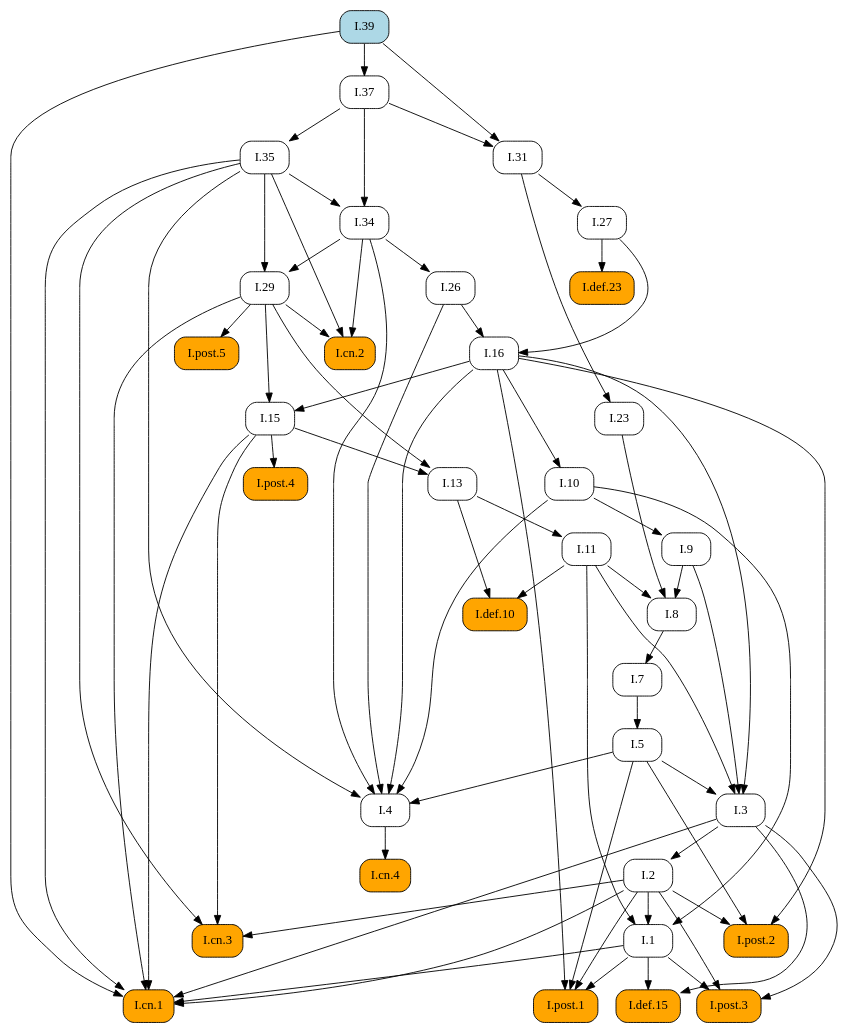
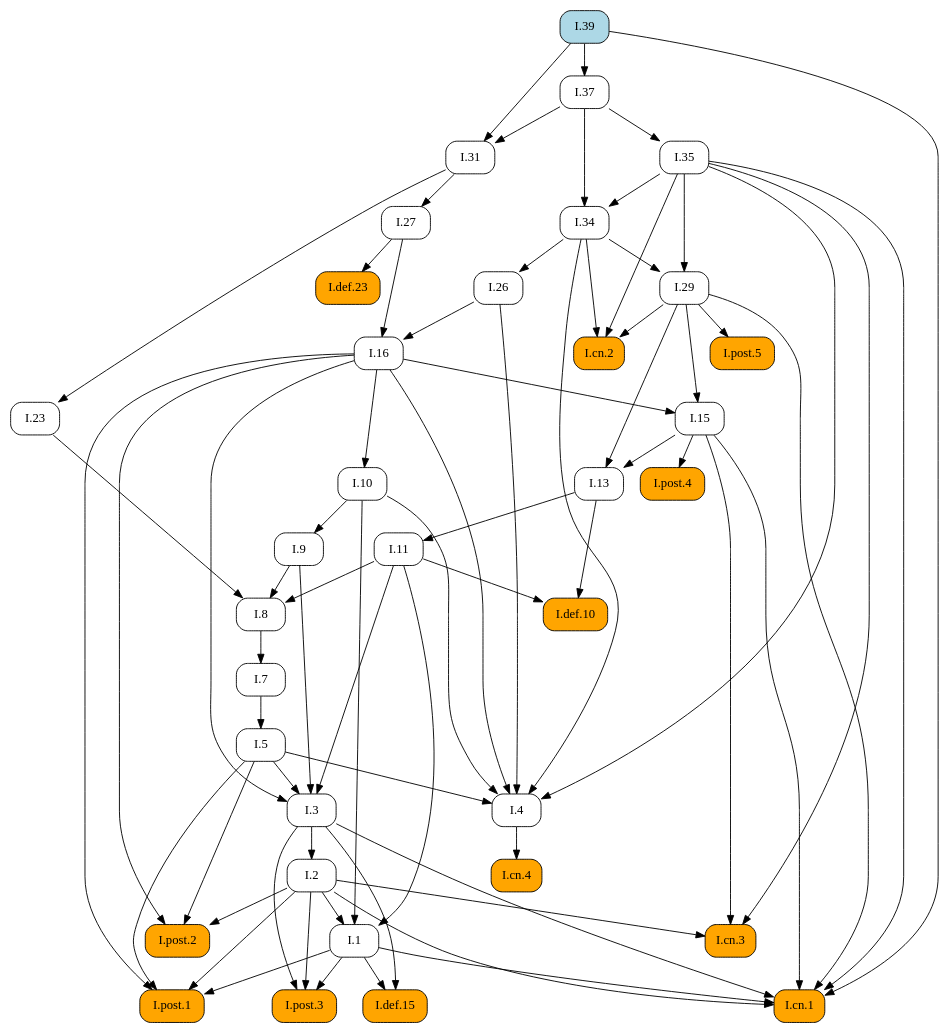
Before and after one commit to geometor/elements: the diagram in docsrc/elements2/I/39/index.rst, drawn with Graphviz. The commit also changed other lines of this file and 171 other files, not shown here.

```diff
--- a/docsrc/elements2/I/39/index.rst
+++ b/docsrc/elements2/I/39/index.rst
@@ -66,93 +66,77 @@
    digraph {
      rankdir="TB";
      node [shape=box, style=rounded];
+     "I.8" [URL="/elements2/I/8/", target="_top"];
+     "I.post.1" [style="rounded,filled", fillcolor=orange, URL="/elements2/I/post.1/", target="_top"];
+     "I.5" [URL="/elements2/I/5/", target="_top"];
+     "I.post.5" [style="rounded,filled", fillcolor=orange, URL="/elements2/I/post.5/", target="_top"];
+     "I.def.10" [style="rounded,filled", fillcolor=orange, URL="/elements2/I/def.10/", target="_top"];
+     "I.cn.2" [style="rounded,filled", fillcolor=orange, URL="/elements2/I/cn.2/", target="_top"];
+     "I.def.15" [style="rounded,filled", fillcolor=orange, URL="/elements2/I/def.15/", target="_top"];
+     "I.31" [URL="/elements2/I/31/", target="_top"];
+     "I.11" [URL="/elements2/I/11/", target="_top"];
+     "I.3" [URL="/elements2/I/3/", target="_top"];
+     "I.def.23" [style="rounded,filled", fillcolor=orange, URL="/elements2/I/def.23/", target="_top"];
+     "I.post.2" [style="rounded,filled", fillcolor=orange, URL="/elements2/I/post.2/", target="_top"];
+     "I.26" [URL="/elements2/I/26/", target="_top"];
+     "I.cn.3" [style="rounded,filled", fillcolor=orange, URL="/elements2/I/cn.3/", target="_top"];
+     "I.cn.4" [style="rounded,filled", fillcolor=orange, URL="/elements2/I/cn.4/", target="_top"];
+     "I.1" [URL="/elements2/I/1/", target="_top"];
+     "I.7" [URL="/elements2/I/7/", target="_top"];
+     "I.9" [URL="/elements2/I/9/", target="_top"];
+     "I.cn.1" [style="rounded,filled", fillcolor=orange, URL="/elements2/I/cn.1/", target="_top"];
+     "I.29" [URL="/elements2/I/29/", target="_top"];
+     "I.16" [URL="/elements2/I/16/", target="_top"];
+     "I.post.4" [style="rounded,filled", fillcolor=orange, URL="/elements2/I/post.4/", target="_top"];
+     "I.13" [URL="/elements2/I/13/", target="_top"];
+     "I.35" [URL="/elements2/I/35/", target="_top"];
+     "I.2" [URL="/elements2/I/2/", target="_top"];
+     "I.27" [URL="/elements2/I/27/", target="_top"];
      "I.37" [URL="/elements2/I/37/", target="_top"];
-     "I.def.10" [style="rounded,filled", fillcolor=orange, URL="/elements2/I/def.10/", target="_top"];
+     "I.4" [URL="/elements2/I/4/", target="_top"];
+     "I.10" [URL="/elements2/I/10/", target="_top"];
+     "I.39" [style="rounded,filled", fillcolor=lightblue, URL="/elements2/I/39/", target="_top"];
+     "I.15" [URL="/elements2/I/15/", target="_top"];
      "I.34" [URL="/elements2/I/34/", target="_top"];
-     "I.cn.4" [style="rounded,filled", fillcolor=orange, URL="/elements2/I/cn.4/", target="_top"];
-     "I.def.15" [style="rounded,filled", fillcolor=orange, URL="/elements2/I/def.15/", target="_top"];
+     "I.23" [URL="/elements2/I/23/", target="_top"];
      "I.post.3" [style="rounded,filled", fillcolor=orange, URL="/elements2/I/post.3/", target="_top"];
-     "I.27" [URL="/elements2/I/27/", target="_top"];
-     "I.post.2" [style="rounded,filled", fillcolor=orange, URL="/elements2/I/post.2/", target="_top"];
-     "I.13" [URL="/elements2/I/13/", target="_top"];
-     "I.10" [URL="/elements2/I/10/", target="_top"];
-     "I.post.1" [style="rounded,filled", fillcolor=orange, URL="/elements2/I/post.1/", target="_top"];
-     "I.7" [URL="/elements2/I/7/", target="_top"];
-     "I.11" [URL="/elements2/I/11/", target="_top"];
-     "I.4" [URL="/elements2/I/4/", target="_top"];
-     "I.16" [URL="/elements2/I/16/", target="_top"];
-     "I.def.23" [style="rounded,filled", fillcolor=orange, URL="/elements2/I/def.23/", target="_top"];
-     "I.9" [URL="/elements2/I/9/", target="_top"];
-     "I.8" [URL="/elements2/I/8/", target="_top"];
-     "I.cn.2" [style="rounded,filled", fillcolor=orange, URL="/elements2/I/cn.2/", target="_top"];
-     "I.23" [URL="/elements2/I/23/", target="_top"];
-     "I.26" [URL="/elements2/I/26/", target="_top"];
-     "I.15" [URL="/elements2/I/15/", target="_top"];
-     "I.post.5" [style="rounded,filled", fillcolor=orange, URL="/elements2/I/post.5/", target="_top"];
-     "I.2" [URL="/elements2/I/2/", target="_top"];
-     "I.1" [URL="/elements2/I/1/", target="_top"];
-     "I.35" [URL="/elements2/I/35/", target="_top"];
-     "I.31" [URL="/elements2/I/31/", target="_top"];
-     "I.post.4" [style="rounded,filled", fillcolor=orange, URL="/elements2/I/post.4/", target="_top"];
-     "I.39" [style="rounded,filled", fillcolor=lightblue, URL="/elements2/I/39/", target="_top"];
-     "I.cn.1" [style="rounded,filled", fillcolor=orange, URL="/elements2/I/cn.1/", target="_top"];
-     "I.3" [URL="/elements2/I/3/", target="_top"];
-     "I.cn.3" [style="rounded,filled", fillcolor=orange, URL="/elements2/I/cn.3/", target="_top"];
-     "I.29" [URL="/elements2/I/29/", target="_top"];
-     "I.5" [URL="/elements2/I/5/", target="_top"];
-     "I.39" -> "I.37";
-     "I.11" -> "I.def.10";
-     "I.13" -> "I.def.10";
-     "I.35" -> "I.34";
-     "I.37" -> "I.34";
-     "I.4" -> "I.cn.4";
-     "I.1" -> "I.def.15";
-     "I.3" -> "I.def.15";
-     "I.1" -> "I.post.3";
-     "I.2" -> "I.post.3";
-     "I.3" -> "I.post.3";
-     "I.31" -> "I.27";
-     "I.2" -> "I.post.2";
-     "I.5" -> "I.post.2";
-     "I.16" -> "I.post.2";
-     "I.15" -> "I.13";
-     "I.29" -> "I.13";
-     "I.16" -> "I.10";
+     "I.9" -> "I.8";
+     "I.11" -> "I.8";
+     "I.23" -> "I.8";
      "I.1" -> "I.post.1";
      "I.2" -> "I.post.1";
      "I.5" -> "I.post.1";
      "I.16" -> "I.post.1";
-     "I.8" -> "I.7";
-     "I.13" -> "I.11";
-     "I.5" -> "I.4";
-     "I.10" -> "I.4";
-     "I.16" -> "I.4";
-     "I.26" -> "I.4";
-     "I.34" -> "I.4";
-     "I.35" -> "I.4";
-     "I.26" -> "I.16";
-     "I.27" -> "I.16";
-     "I.27" -> "I.def.23";
-     "I.10" -> "I.9";
-     "I.9" -> "I.8";
-     "I.11" -> "I.8";
-     "I.23" -> "I.8";
+     "I.7" -> "I.5";
+     "I.29" -> "I.post.5";
+     "I.11" -> "I.def.10";
+     "I.13" -> "I.def.10";
      "I.29" -> "I.cn.2";
      "I.34" -> "I.cn.2";
      "I.35" -> "I.cn.2";
-     "I.31" -> "I.23";
+     "I.1" -> "I.def.15";
+     "I.3" -> "I.def.15";
+     "I.37" -> "I.31";
+     "I.39" -> "I.31";
+     "I.13" -> "I.11";
+     "I.5" -> "I.3";
+     "I.9" -> "I.3";
+     "I.11" -> "I.3";
+     "I.16" -> "I.3";
+     "I.27" -> "I.def.23";
+     "I.2" -> "I.post.2";
+     "I.5" -> "I.post.2";
+     "I.16" -> "I.post.2";
      "I.34" -> "I.26";
-     "I.16" -> "I.15";
-     "I.29" -> "I.15";
-     "I.29" -> "I.post.5";
-     "I.3" -> "I.2";
+     "I.2" -> "I.cn.3";
+     "I.15" -> "I.cn.3";
+     "I.35" -> "I.cn.3";
+     "I.4" -> "I.cn.4";
      "I.2" -> "I.1";
      "I.10" -> "I.1";
      "I.11" -> "I.1";
-     "I.37" -> "I.35";
-     "I.37" -> "I.31";
-     "I.39" -> "I.31";
-     "I.15" -> "I.post.4";
+     "I.8" -> "I.7";
+     "I.10" -> "I.9";
      "I.1" -> "I.cn.1";
      "I.2" -> "I.cn.1";
      "I.3" -> "I.cn.1";
@@ -160,14 +144,30 @@
      "I.29" -> "I.cn.1";
      "I.35" -> "I.cn.1";
      "I.39" -> "I.cn.1";
-     "I.5" -> "I.3";
-     "I.9" -> "I.3";
-     "I.11" -> "I.3";
-     "I.16" -> "I.3";
-     "I.2" -> "I.cn.3";
-     "I.15" -> "I.cn.3";
-     "I.35" -> "I.cn.3";
      "I.34" -> "I.29";
      "I.35" -> "I.29";
-     "I.7" -> "I.5";
+     "I.26" -> "I.16";
+     "I.27" -> "I.16";
+     "I.15" -> "I.post.4";
+     "I.15" -> "I.13";
+     "I.29" -> "I.13";
+     "I.37" -> "I.35";
+     "I.3" -> "I.2";
+     "I.31" -> "I.27";
+     "I.39" -> "I.37";
+     "I.5" -> "I.4";
+     "I.10" -> "I.4";
+     "I.16" -> "I.4";
+     "I.26" -> "I.4";
+     "I.34" -> "I.4";
+     "I.35" -> "I.4";
+     "I.16" -> "I.10";
+     "I.16" -> "I.15";
+     "I.29" -> "I.15";
+     "I.35" -> "I.34";
+     "I.37" -> "I.34";
+     "I.31" -> "I.23";
+     "I.1" -> "I.post.3";
+     "I.2" -> "I.post.3";
+     "I.3" -> "I.post.3";
    }
```
